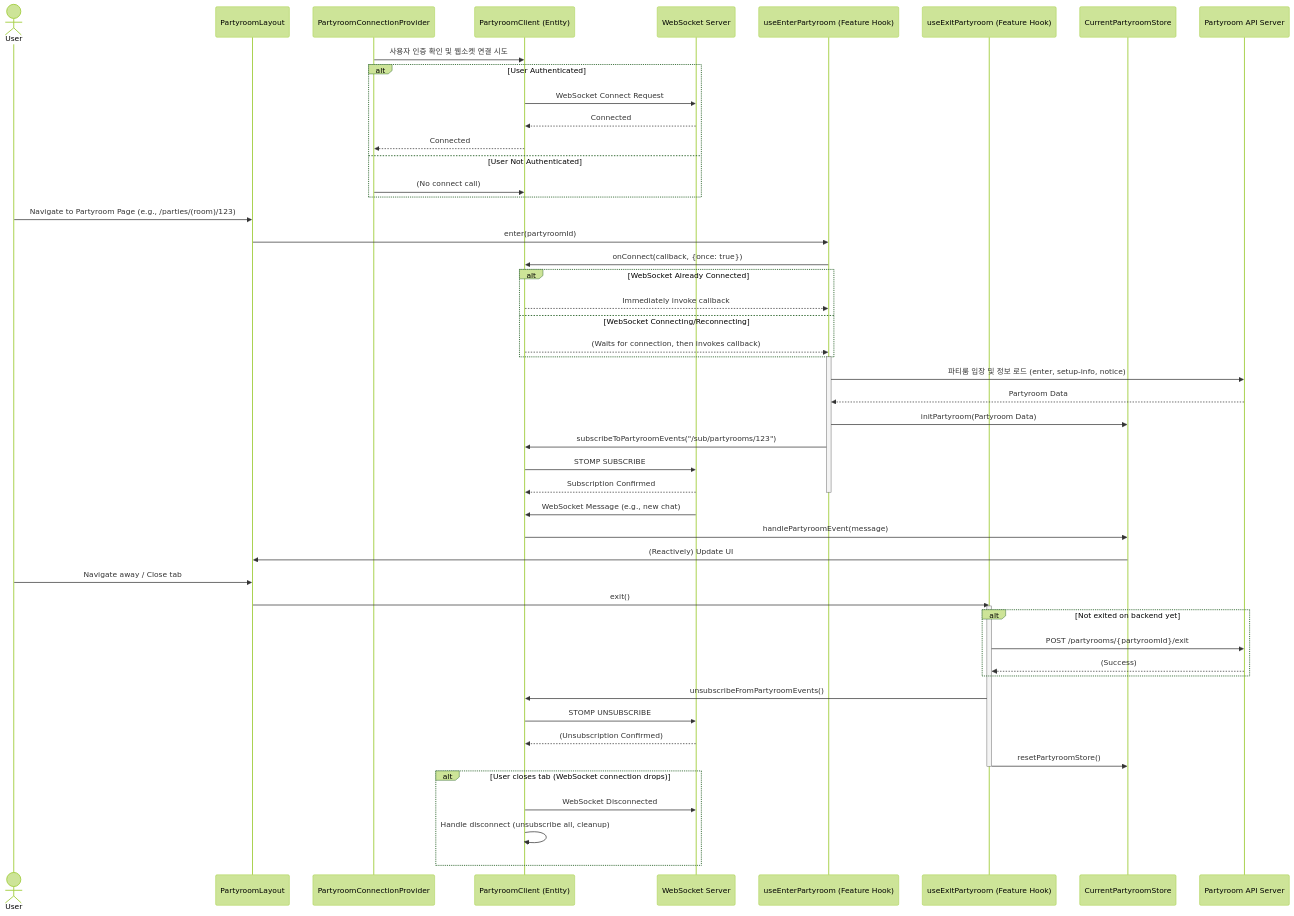
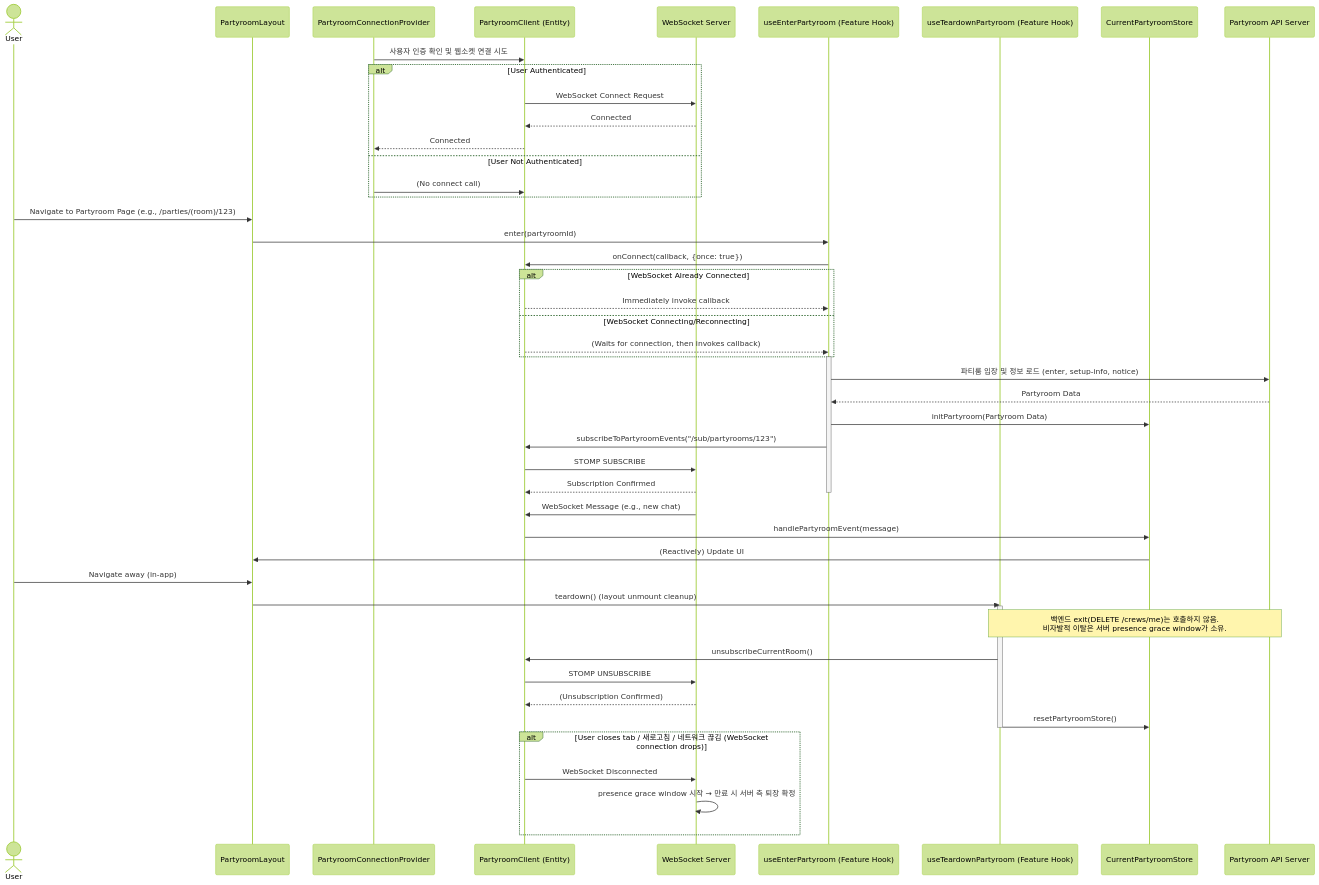
Before and after one commit to pfplay/pfplay-web: the second of 3 diagrams in docs/FLOW.md, drawn with Mermaid (forest theme). The commit also changed other lines of this file and 2 other files, not shown here.

Commit message:
docs(partyroom): PR-4 catch-up — teardown 주석 정정 + FLOW.md 갱신 + C9 telemetry deferral 명문화 (web#298)

````diff
--- a/docs/FLOW.md
+++ b/docs/FLOW.md
@@ -47,69 +47,64 @@
 ```mermaid
 sequenceDiagram
     actor User
     participant Layout as PartyroomLayout
     participant PCP as PartyroomConnectionProvider
     participant PClient as PartyroomClient (Entity)
     participant WSServer as WebSocket Server
     participant EnterHook as useEnterPartyroom (Feature Hook)
-    participant ExitHook as useExitPartyroom (Feature Hook)
+    participant TeardownHook as useTeardownPartyroom (Feature Hook)
     participant CPStore as CurrentPartyroomStore
     participant APIServer as Partyroom API Server
 
     %% Initial Connection (App Load)
     PCP->>PClient: 사용자 인증 확인 및 웹소켓 연결 시도
     alt User Authenticated
         PClient->>WSServer: WebSocket Connect Request
         WSServer-->>PClient: Connected
         PClient-->>PCP: Connected
     else User Not Authenticated
         PCP->>PClient: (No connect call)
     end
 
     %% Partyroom Entry (User navigates to /parties/(room)/[id])
     User->>Layout: Navigate to Partyroom Page (e.g., /parties/(room)/123)
     Layout->>EnterHook: enter(partyroomId)
 
     EnterHook->>PClient: onConnect(callback, {once: true})
     alt WebSocket Already Connected
         PClient-->>EnterHook: Immediately invoke callback
     else WebSocket Connecting/Reconnecting
         PClient-->>EnterHook: (Waits for connection, then invokes callback)
     end
 
     activate EnterHook
     EnterHook->>APIServer: 파티룸 입장 및 정보 로드 (enter, setup-info, notice)
     APIServer-->>EnterHook: Partyroom Data
 
     EnterHook->>CPStore: initPartyroom(Partyroom Data)
 
     EnterHook->>PClient: subscribeToPartyroomEvents("/sub/partyrooms/123")
     PClient->>WSServer: STOMP SUBSCRIBE
     WSServer-->>PClient: Subscription Confirmed
     deactivate EnterHook
 
     WSServer->>PClient: WebSocket Message (e.g., new chat)
     PClient->>CPStore: handlePartyroomEvent(message)
     CPStore->>Layout: (Reactively) Update UI
 
-    %% Partyroom Exit (User leaves page or closes tab)
-    User->>Layout: Navigate away / Close tab
-    Layout->>ExitHook: exit()
-    activate ExitHook
-    alt Not exited on backend yet
-        ExitHook->>APIServer: POST /partyrooms/{partyroomId}/exit
-        APIServer-->>ExitHook: (Success)
-    end
-
-    ExitHook->>PClient: unsubscribeFromPartyroomEvents()
+    %% Partyroom Teardown (User navigates away in-app: layout unmount)
+    User->>Layout: Navigate away (in-app)
+    Layout->>TeardownHook: teardown() (layout unmount cleanup)
+    activate TeardownHook
+    Note over TeardownHook,APIServer: 백엔드 exit(DELETE /crews/me)는 호출하지 않음.<br/>비자발적 이탈은 서버 presence grace window가 소유.
+    TeardownHook->>PClient: unsubscribeCurrentRoom()
     PClient->>WSServer: STOMP UNSUBSCRIBE
     WSServer-->>PClient: (Unsubscription Confirmed)
+    TeardownHook->>CPStore: resetPartyroomStore()
+    deactivate TeardownHook
 
-    ExitHook->>CPStore: resetPartyroomStore()
-    deactivate ExitHook
-
-    alt User closes tab (WebSocket connection drops)
+    alt User closes tab / 새로고침 / 네트워크 끊김 (WebSocket connection drops)
         PClient->>WSServer: WebSocket Disconnected
-        PClient->>PClient: Handle disconnect (unsubscribe all, cleanup)
+        WSServer->>WSServer: presence grace window 시작 → 만료 시 서버 측 퇴장 확정
     end
 ```
````
